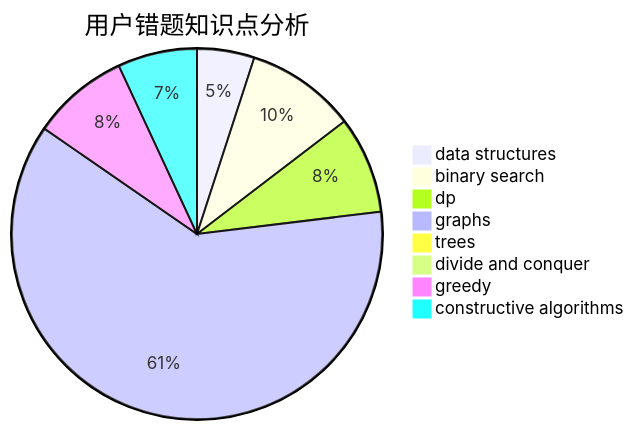
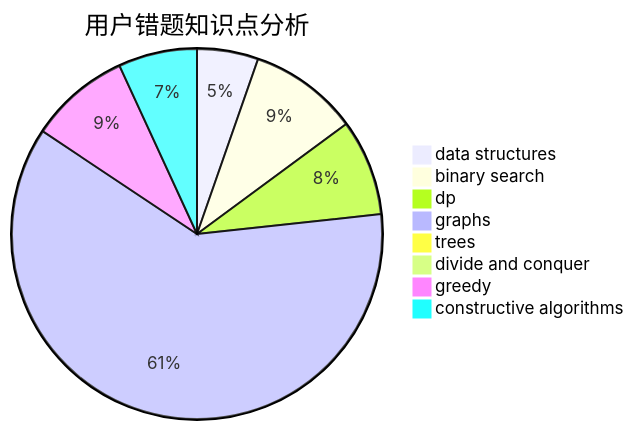
One commit to sherpahu/cfrs.github.io changed the third of 3 diagrams in docs/user/u1449.md. Above: the diagram before and after it, drawn with Mermaid. The commit also changed other lines of this file and 2770 other files, not shown here.

````diff
--- a/docs/user/u1449.md
+++ b/docs/user/u1449.md
@@ -36,11 +36,11 @@
 ```mermaid
 pie title 用户错题知识点分析
-    "data structures" :  13
+    "data structures" :  14
     "binary search" :  25
     "dp" :  22
     "graphs" :  160
     "trees" :  2
     "divide and conquer" :  0
-    "greedy" :  22
+    "greedy" :  23
     "constructive algorithms" :  18
 ```
````
